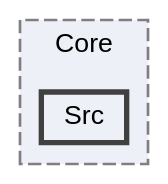
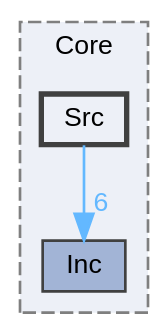
The diagram in docs/dir_5f0bd777afe5046ac2fdac207f53c90f_dep.dot (vvinhvvo98/Basketball-Launcher), drawn with Graphviz before and after one commit. The commit also changed 98 other files, not shown here.

```diff
--- a/docs/dir_5f0bd777afe5046ac2fdac207f53c90f_dep.dot
+++ b/docs/dir_5f0bd777afe5046ac2fdac207f53c90f_dep.dot
@@ -1,12 +1,14 @@
 digraph "Ball_Launcher_Controller/Core/Src"
 {
  // LATEX_PDF_SIZE
   bgcolor="transparent";
   edge [fontname=Helvetica,fontsize=10,labelfontname=Helvetica,labelfontsize=10];
   node [fontname=Helvetica,fontsize=10,shape=box,height=0.2,width=0.4];
   compound=true
   subgraph clusterdir_3bbab98ef2025f84866ee15d6a34516b {
     graph [ bgcolor="#edf0f7", pencolor="grey50", label="Core", fontname=Helvetica,fontsize=10 style="filled,dashed", URL="dir_3bbab98ef2025f84866ee15d6a34516b.html",tooltip=""]
+  dir_f63d1d19b1344f6eb6e4bb6cdb2a585f [label="Inc", fillcolor="#a2b4d6", color="grey25", style="filled", URL="dir_f63d1d19b1344f6eb6e4bb6cdb2a585f.html",tooltip=""];
   dir_5f0bd777afe5046ac2fdac207f53c90f [label="Src", fillcolor="#edf0f7", color="grey25", style="filled,bold", URL="dir_5f0bd777afe5046ac2fdac207f53c90f.html",tooltip=""];
   }
+  dir_5f0bd777afe5046ac2fdac207f53c90f->dir_f63d1d19b1344f6eb6e4bb6cdb2a585f [headlabel="6", labeldistance=1.5 headhref="dir_000004_000002.html" href="dir_000004_000002.html" color="steelblue1" fontcolor="steelblue1"];
 }
```
